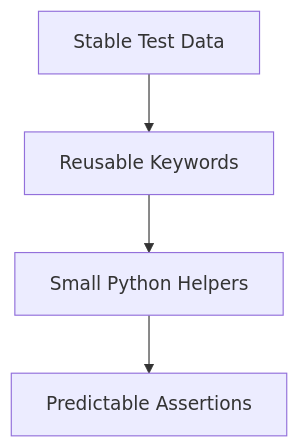
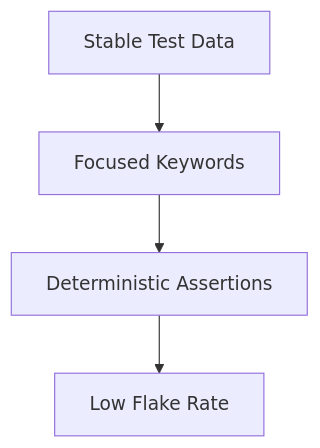
Before and after one commit to arvind3/RobotFrameworkBookWithIDE: the diagram in docs/07-best-practices.mdx, drawn with Mermaid. The commit also changed other lines of this file and 18 other files, not shown here.

````diff
--- a/docs/07-best-practices.mdx
+++ b/docs/07-best-practices.mdx
@@ -13,6 +27,6 @@
 ```mermaid
 flowchart TD
-  A[Stable Test Data] --> B[Reusable Keywords]
-  B --> C[Small Python Helpers]
-  C --> D[Predictable Assertions]
+  A[Stable Test Data] --> B[Focused Keywords]
+  B --> C[Deterministic Assertions]
+  C --> D[Low Flake Rate]
 ```
````
